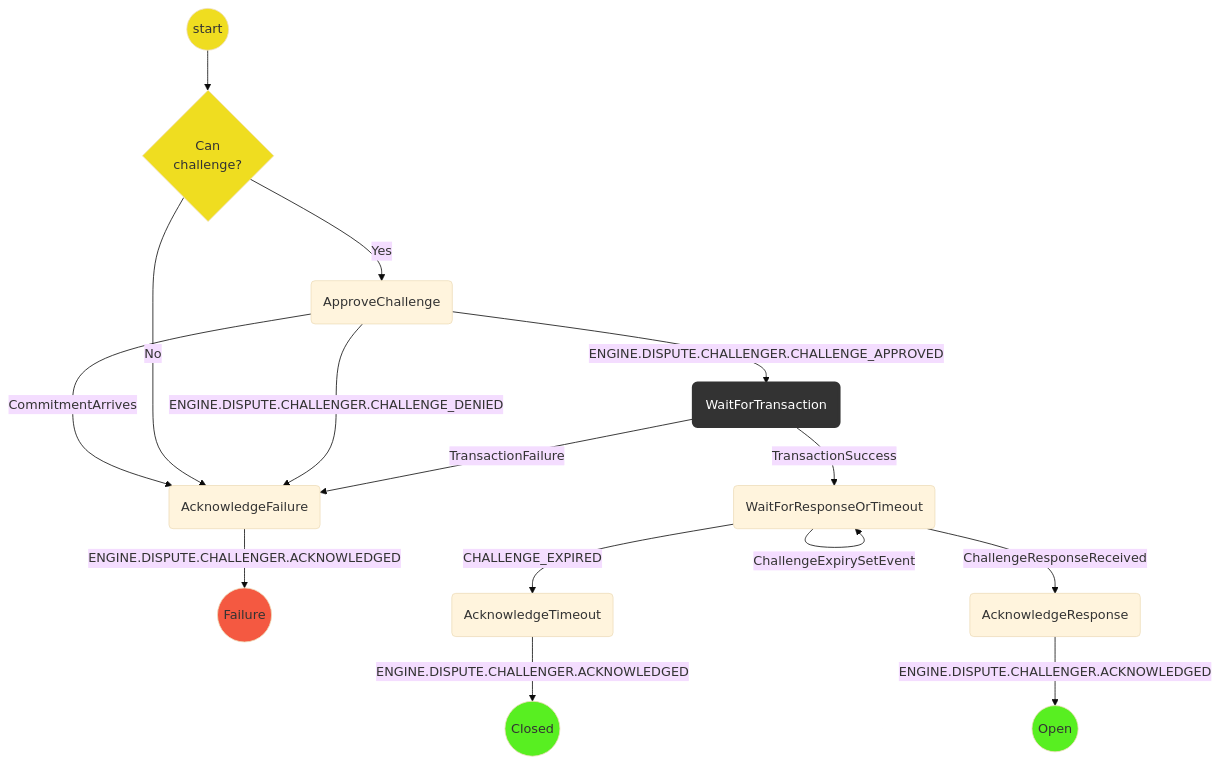
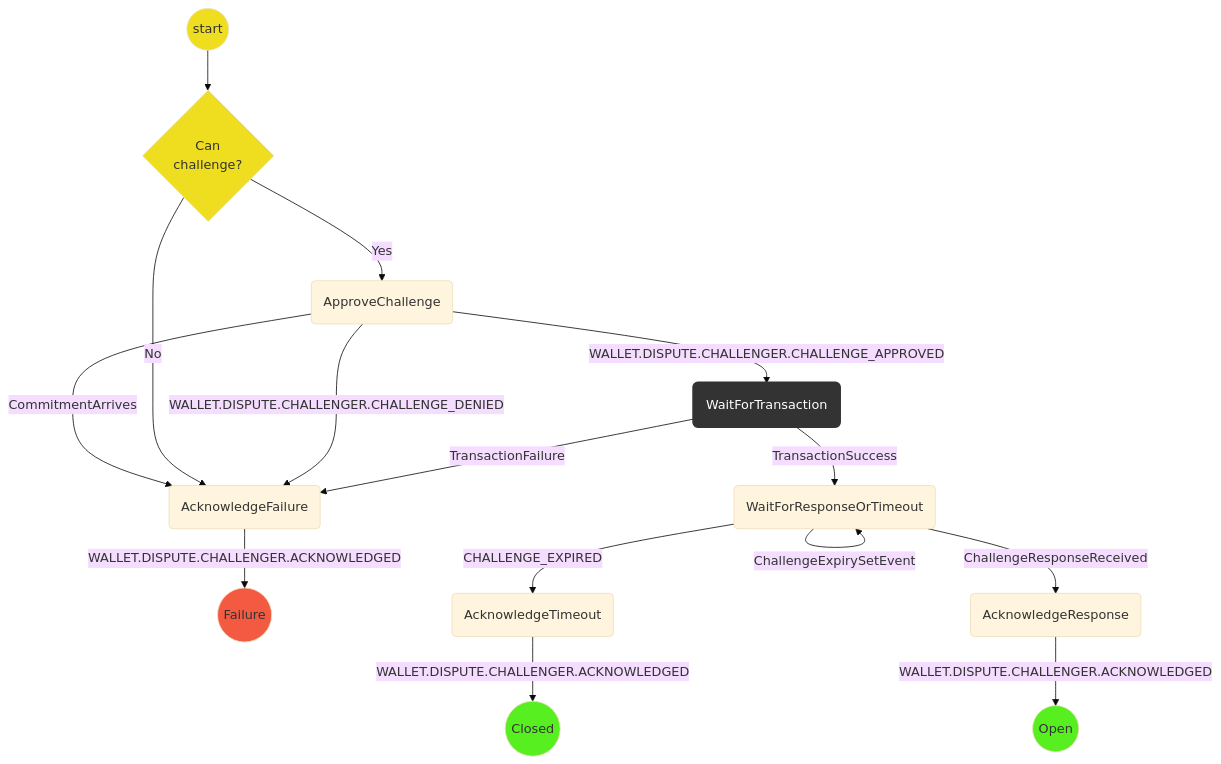
The diagram in packages/wallet/src/redux/protocols/dispute/challenger/readme.md (statechannels/statechannels), drawn with Mermaid (base theme) before and after one commit. The commit also changed other lines of this file and 124 other files, not shown here.

Commit message:
chore: rename all instances of engine to wallet

````diff
--- a/packages/wallet/src/redux/protocols/dispute/challenger/readme.md
+++ b/packages/wallet/src/redux/protocols/dispute/challenger/readme.md
@@ -19,29 +19,29 @@
 ```mermaid
 graph TD
 linkStyle default interpolate basis
   S((start)) --> CE{Can<br/>challenge?}
   CE --> |Yes| WFA(ApproveChallenge)
   WFA --> |CommitmentArrives| AF
-  WFA --> |ENGINE.DISPUTE.CHALLENGER.CHALLENGE_APPROVED| WFT(WaitForTransaction)
+  WFA --> |WALLET.DISPUTE.CHALLENGER.CHALLENGE_APPROVED| WFT(WaitForTransaction)
   CE --> |No| AF
-  WFA --> |ENGINE.DISPUTE.CHALLENGER.CHALLENGE_DENIED| AF(AcknowledgeFailure)
-  AF --> |ENGINE.DISPUTE.CHALLENGER.ACKNOWLEDGED| F((Failure))
+  WFA --> |WALLET.DISPUTE.CHALLENGER.CHALLENGE_DENIED| AF(AcknowledgeFailure)
+  AF --> |WALLET.DISPUTE.CHALLENGER.ACKNOWLEDGED| F((Failure))
   WFT --> |TransactionSuccess| WFRT(WaitForResponseOrTimeout)
   WFT --> |TransactionFailure| AF
   WFRT --> |CHALLENGE_EXPIRED| AT(AcknowledgeTimeout)
 
 
   WFRT -->|ChallengeExpirySetEvent| WFRT
-  AT --> |ENGINE.DISPUTE.CHALLENGER.ACKNOWLEDGED| SD((Closed))
+  AT --> |WALLET.DISPUTE.CHALLENGER.ACKNOWLEDGED| SD((Closed))
 
   WFRT --> |ChallengeResponseReceived| AR(AcknowledgeResponse)
-  AR --> |ENGINE.DISPUTE.CHALLENGER.ACKNOWLEDGED| SP((Open))
+  AR --> |WALLET.DISPUTE.CHALLENGER.ACKNOWLEDGED| SP((Open))
   classDef logic fill:#efdd20;
   classDef Success fill:#58ef21;
   classDef Failure fill:#f45941;
   classDef WaitForChildProtocol stroke:#333,stroke-width:4px,color:#ffff,fill:#333;
   class S,CE logic;
   class SP,SD Success;
   class F Failure;
   class WFT,D WaitForChildProtocol;
 ```
````
